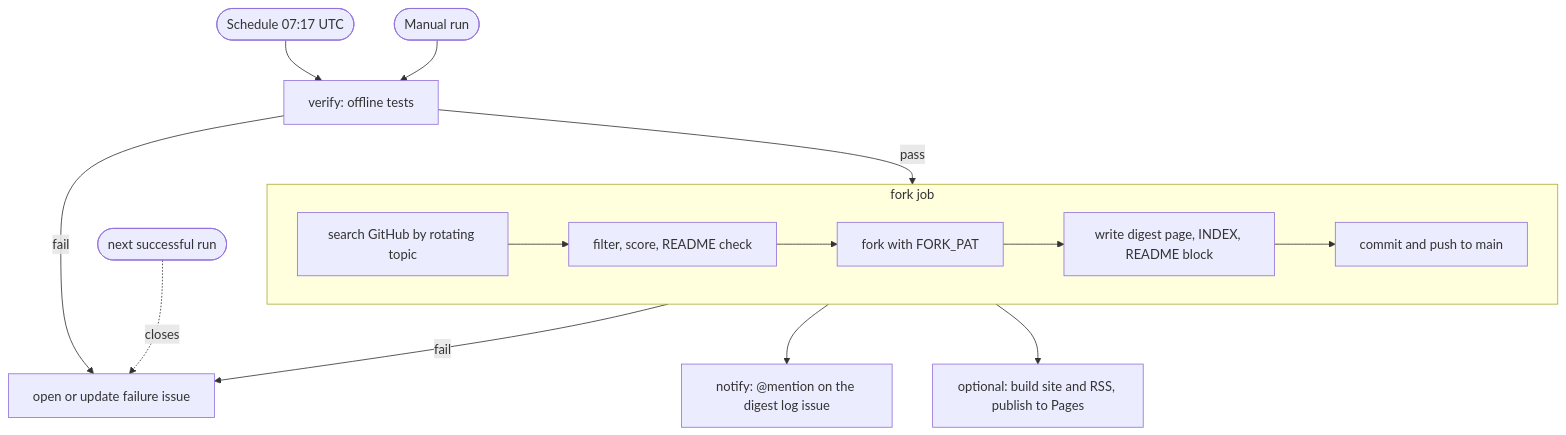
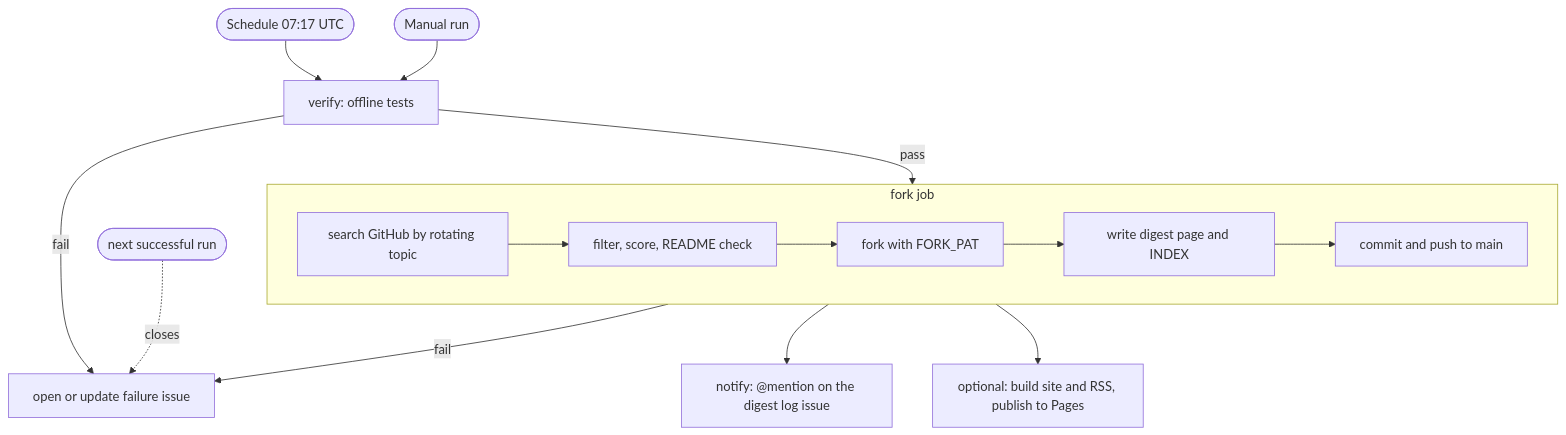
The first of 2 diagrams in docs/ARCHITECTURE.md (Bilalkhanten/ai-digest), drawn with Mermaid before and after one commit. The commit also changed other lines of this file and 7 other files, not shown here.

````diff
--- a/docs/ARCHITECTURE.md
+++ b/docs/ARCHITECTURE.md
@@ -8,17 +8,17 @@
 ```mermaid
 flowchart TD
     T1(["Schedule 07:17 UTC"]) --> V
     T2(["Manual run"]) --> V
     V["verify: offline tests"] -->|pass| F
     V -->|fail| A["open or update failure issue"]
     subgraph F["fork job"]
         S1["search GitHub by rotating topic"] --> S2["filter, score, README check"]
         S2 --> S3["fork with FORK_PAT"]
-        S3 --> S4["write digest page, INDEX, README block"]
+        S3 --> S4["write digest page and INDEX"]
         S4 --> S5["commit and push to main"]
     end
     F -->|fail| A
     F --> N["notify: @mention on the digest log issue"]
     F --> P["optional: build site and RSS, publish to Pages"]
     OK(["next successful run"]) -.->|closes| A
 ```
````
